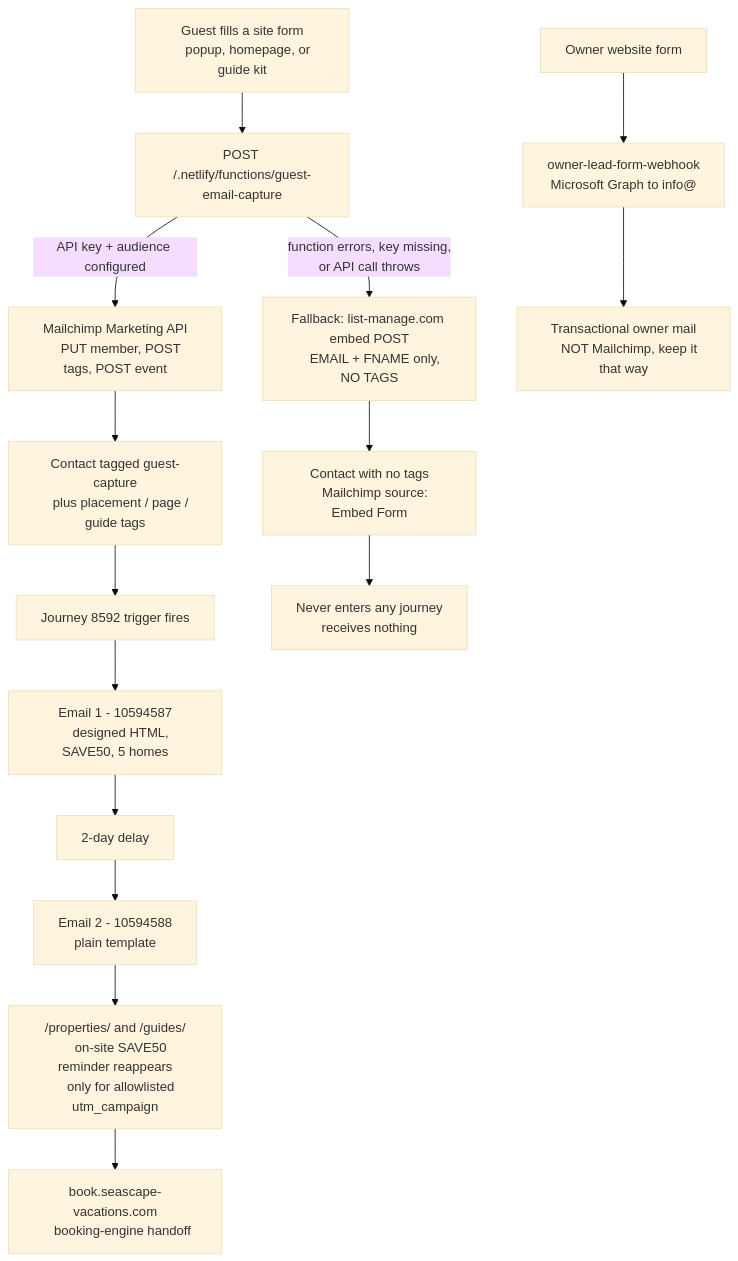
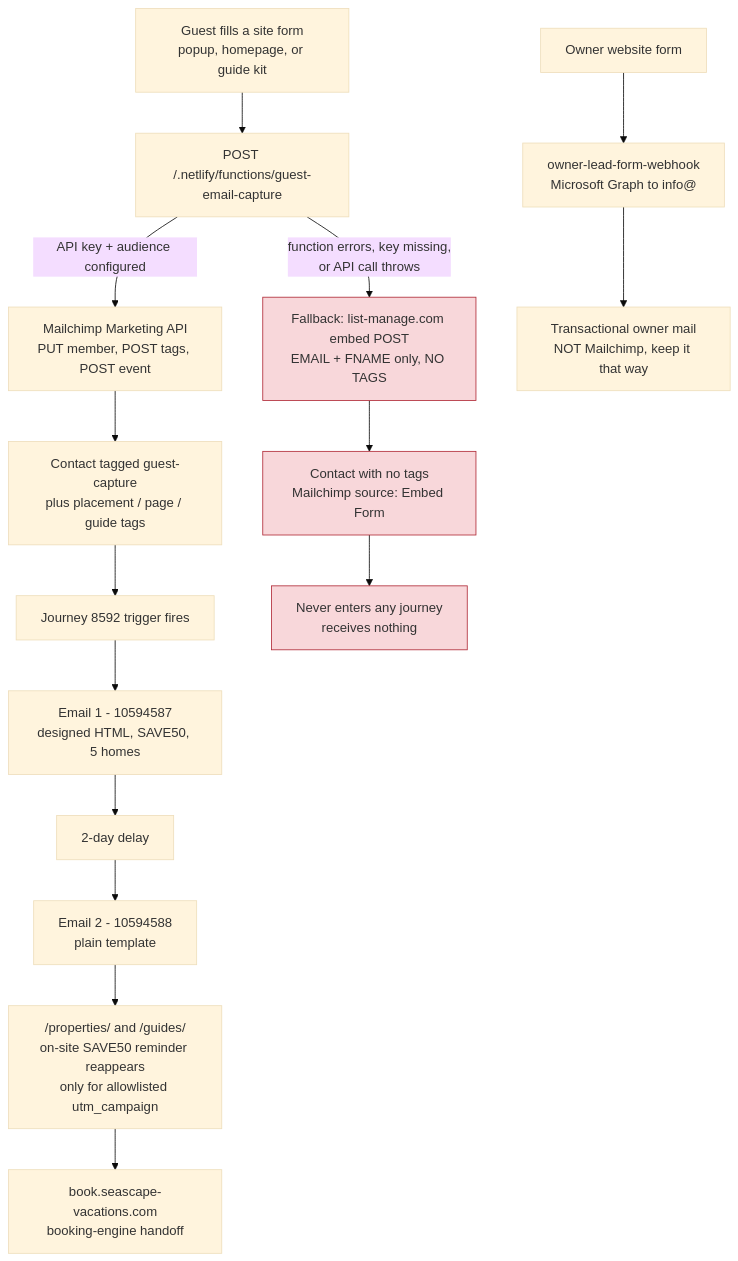
One commit to uncfreak1255-code/seascape-vacations-site changed the diagram in docs/outreach/2026-08-20-email-marketing-ultrasound.md. Above: the diagram before and after it, drawn with Mermaid (base theme). The commit also changed other lines of this file and 2 other files, not shown here.

First paragraph of the commit message:
fix(outreach): correct email 2 image ratios and harden the template gate
Self-review caught three real defects in the first pass.

````diff
--- a/docs/outreach/2026-08-20-email-marketing-ultrasound.md
+++ b/docs/outreach/2026-08-20-email-marketing-ultrasound.md
@@ -30,37 +30,27 @@
 ```mermaid
 flowchart TD
-    A["Guest fills a site form
-    popup, homepage, or guide kit"] --> B["POST /.netlify/functions/guest-email-capture"]
+    A["Guest fills a site form<br/>popup, homepage, or guide kit"] --> B["POST /.netlify/functions/guest-email-capture"]
 
-    B -->|"API key + audience configured"| C["Mailchimp Marketing API
-    PUT member, POST tags, POST event"]
-    B -->|"function errors, key missing,
-    or API call throws"| D["Fallback: list-manage.com embed POST
-    EMAIL + FNAME only, NO TAGS"]
+    B -->|"API key + audience configured"| C["Mailchimp Marketing API<br/>PUT member, POST tags, POST event"]
+    B -->|"function errors, key missing,<br/>or API call throws"| D["Fallback: list-manage.com embed POST<br/>EMAIL + FNAME only, NO TAGS"]
 
-    C --> E["Contact tagged guest-capture
-    plus placement / page / guide tags"]
-    D --> F["Contact with no tags
-    Mailchimp source: Embed Form"]
+    C --> E["Contact tagged guest-capture<br/>plus placement / page / guide tags"]
+    D --> F["Contact with no tags<br/>Mailchimp source: Embed Form"]
 
     E --> G["Journey 8592 trigger fires"]
-    F --> H["Never enters any journey
-    receives nothing"]
+    F --> H["Never enters any journey<br/>receives nothing"]
 
-    G --> I["Email 1 - 10594587
-    designed HTML, SAVE50, 5 homes"]
+    G --> I["Email 1 - 10594587<br/>designed HTML, SAVE50, 5 homes"]
     I --> J["2-day delay"]
-    J --> K["Email 2 - 10594588
-    plain template"]
+    J --> K["Email 2 - 10594588<br/>plain template"]
 
-    K --> L["/properties/ and /guides/
-    on-site SAVE50 reminder reappears
-    only for allowlisted utm_campaign"]
-    L --> M["book.seascape-vacations.com
-    booking-engine handoff"]
+    K --> L["/properties/ and /guides/<br/>on-site SAVE50 reminder reappears<br/>only for allowlisted utm_campaign"]
+    L --> M["book.seascape-vacations.com<br/>booking-engine handoff"]
 
-    N["Owner website form"] --> O["owner-lead-form-webhook
-    Microsoft Graph to info@"]
-    O --> P["Transactional owner mail
-    NOT Mailchimp, keep it that way"]
+    N["Owner website form"] --> O["owner-lead-form-webhook<br/>Microsoft Graph to info@"]
+    O --> P["Transactional owner mail<br/>NOT Mailchimp, keep it that way"]
+
+    style D fill:#f8d7da,stroke:#b02a37
+    style F fill:#f8d7da,stroke:#b02a37
+    style H fill:#f8d7da,stroke:#b02a37
 ```
````
